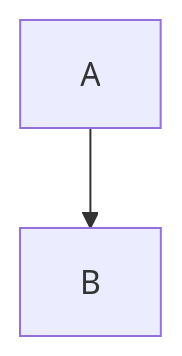
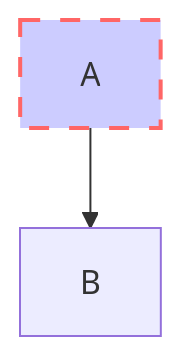
The first of 13 diagrams in 2019/mermaid02.md (fanspaceshow/fanspaceshow.github.io), drawn with Mermaid before and after one commit. The commit also changed other lines of this file, not shown here.

Commit message:
自定义样式
自定义样式

```diff
--- a/2019/mermaid02.md
+++ b/2019/mermaid02.md
@@ -3,4 +3,5 @@
 <div class="mermaid">
 graph TD
          A-->B
+         style A fill:#ccf,stroke:#f66,stroke-width:2px,stroke-dasharray: 10,5
 </div>
```
